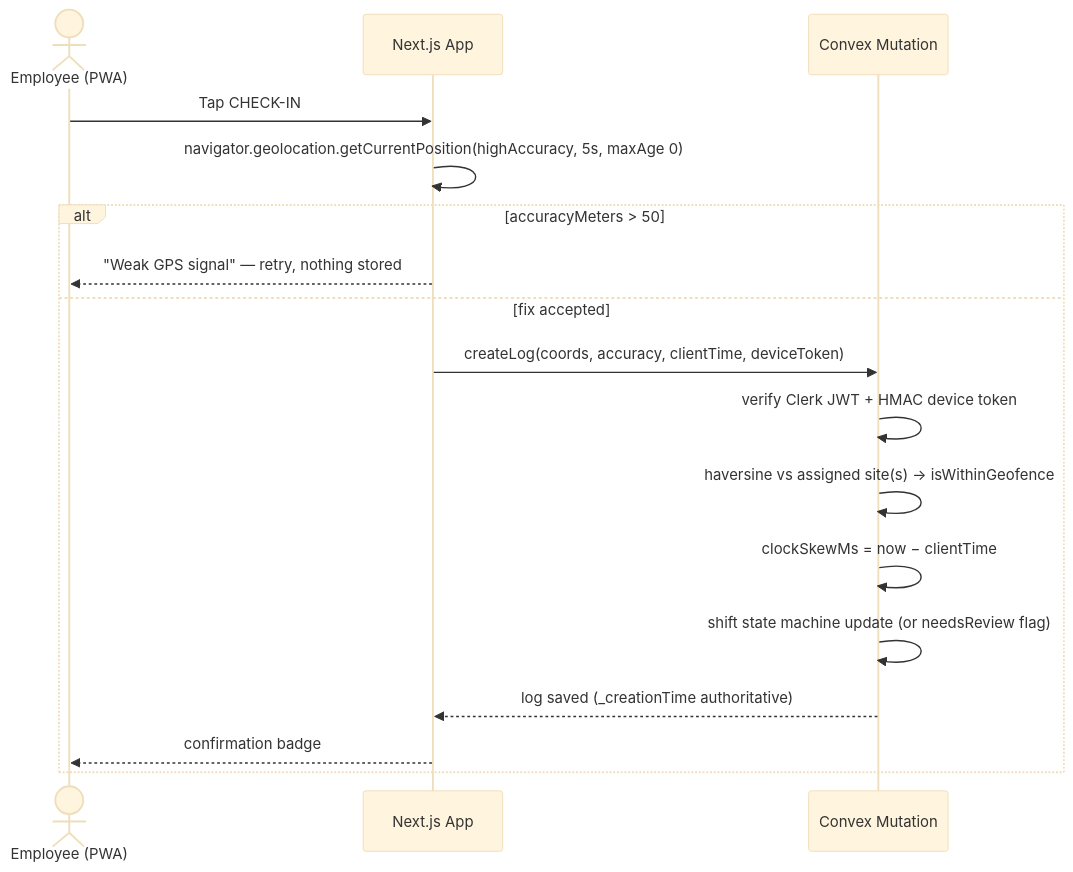
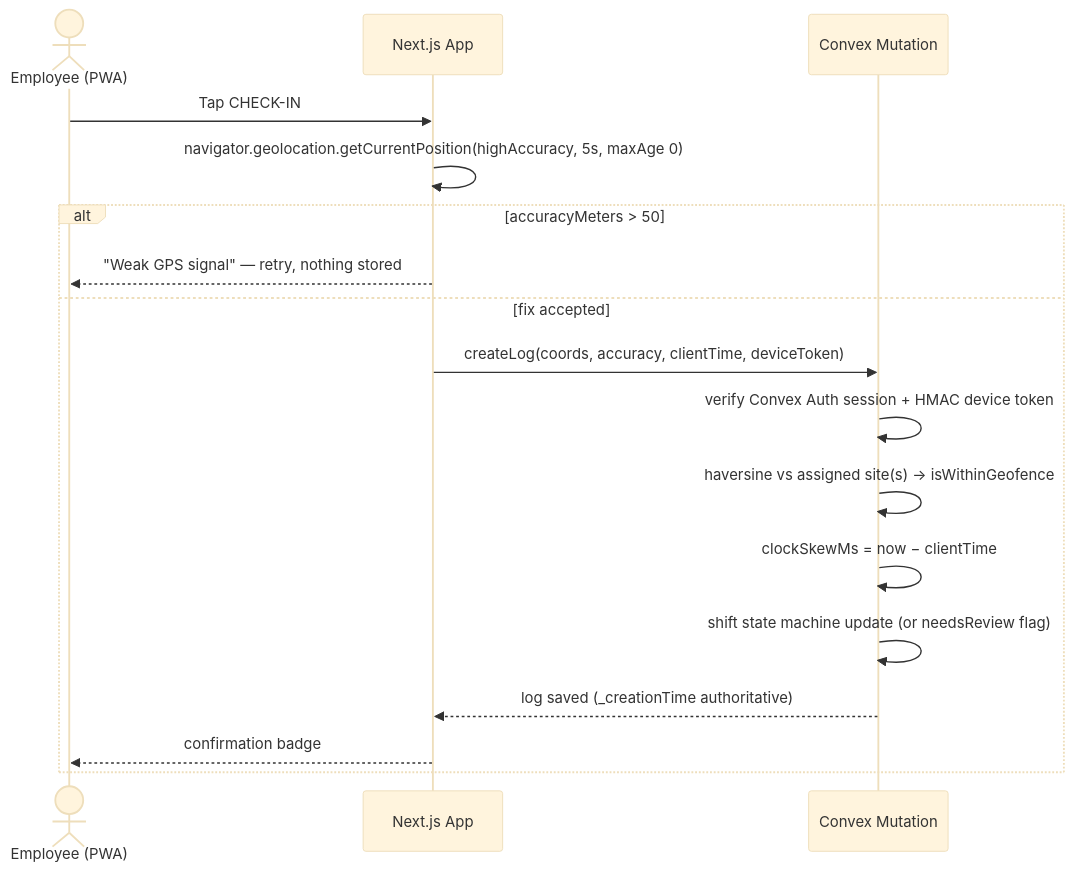
The third of 5 diagrams in j-pay.md (TeacherEvan/J-pay), drawn with Mermaid (base theme) before and after one commit. The commit also changed other lines of this file and 3 other files, not shown here.

Commit message:
docs(j-pay): resolve B1+D4 — client-direct Convex + Convex Auth replaces Clerk (ADR-001)

````diff
--- a/j-pay.md
+++ b/j-pay.md
@@ -369,19 +370,19 @@
 ```mermaid
 sequenceDiagram
     actor E as Employee (PWA)
     participant UI as Next.js App
     participant CX as Convex Mutation
     E->>UI: Tap CHECK-IN
     UI->>UI: navigator.geolocation.getCurrentPosition(highAccuracy, 5s, maxAge 0)
     alt accuracyMeters > 50
         UI-->>E: "Weak GPS signal" — retry, nothing stored
     else fix accepted
         UI->>CX: createLog(coords, accuracy, clientTime, deviceToken)
-        CX->>CX: verify Clerk JWT + HMAC device token
+        CX->>CX: verify Convex Auth session + HMAC device token
         CX->>CX: haversine vs assigned site(s) → isWithinGeofence
         CX->>CX: clockSkewMs = now − clientTime
         CX->>CX: shift state machine update (or needsReview flag)
         CX-->>UI: log saved (_creationTime authoritative)
         UI-->>E: confirmation badge
     end
 ```
````
